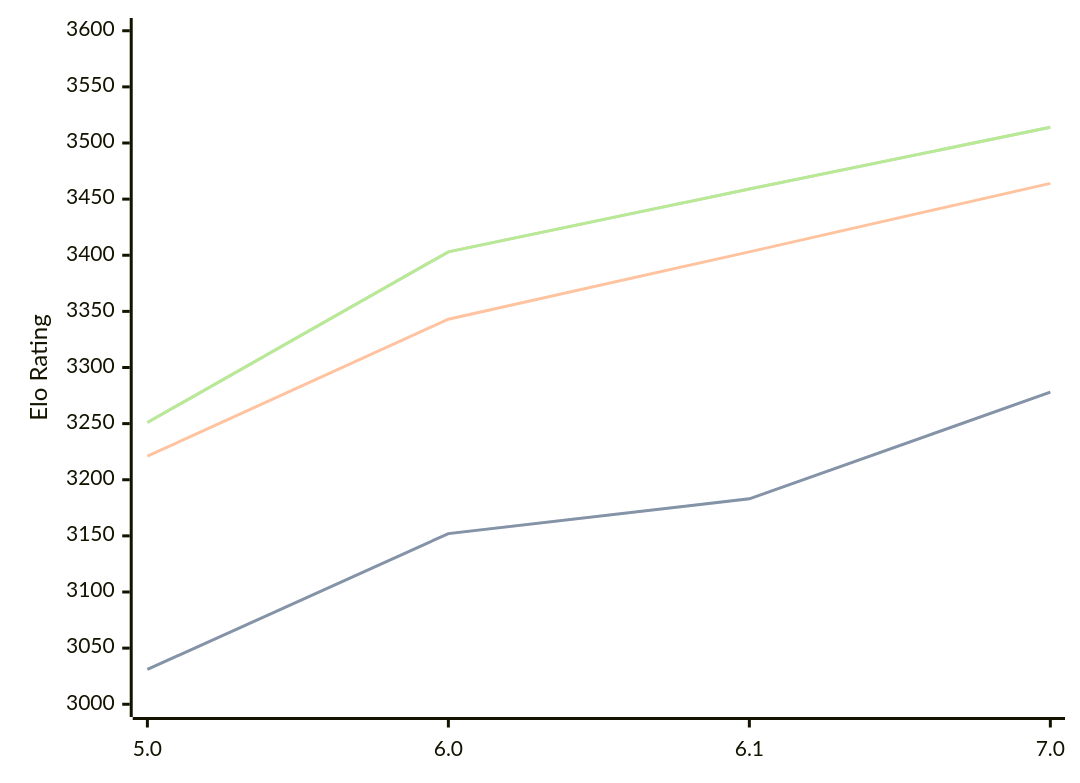
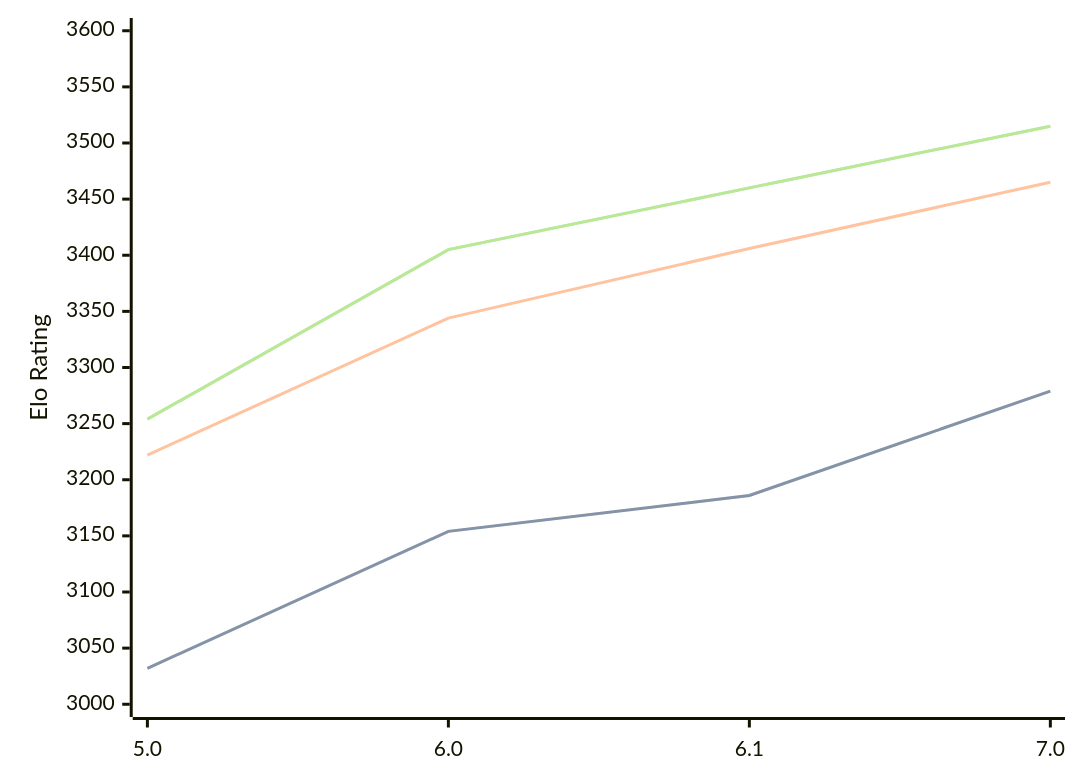
Before and after one commit to computer-chess-index/cci: the diagram in engines/PZChessBot.md, drawn with Mermaid. The commit also changed other lines of this file, not shown here.

Commit message:
Update CCI Ratings (ELO VLTC) - 2026-06-11

````diff
--- a/engines/PZChessBot.md
+++ b/engines/PZChessBot.md
@@ -43,11 +43,11 @@
 ```mermaid
 %%{init: {"theme":"base","themeVariables":{"seriesColors:['#a3a3a3','#222221','#faa371']}}}%%
 xychart-beta
   x-axis ["5.0", "6.0", "6.1", "7.0"]
   y-axis "Elo Rating" 3000 --> 3600
-  line "STC (8.0+0.08s)" [3031, 3152, 3183, 3278]
-  line "STC (8.0+0.08s)" [3031, 3152, 3183, 3278]
-  line "LTC (60.0+0.60s)" [3221, 3343, 3403, 3464]
-  line "VLTC (2m24s+1.12s)" [3251, 3403, 3459, 3514]
-  line "VLTC (2m24s+1.12s)" [3251, 3403, 3459, 3514]
+  line "STC (8.0+0.08s)" [3032, 3154, 3186, 3279]
+  line "STC (8.0+0.08s)" [3032, 3154, 3186, 3279]
+  line "LTC (60.0+0.60s)" [3222, 3344, 3406, 3465]
+  line "VLTC (2m24s+1.12s)" [3254, 3405, 3460, 3515]
+  line "VLTC (2m24s+1.12s)" [3254, 3405, 3460, 3515]
 ```
````
